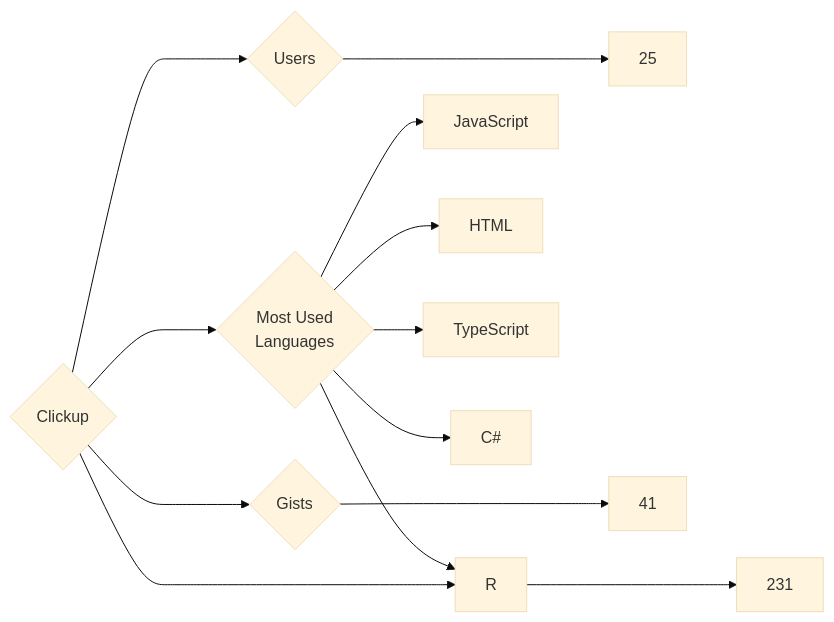
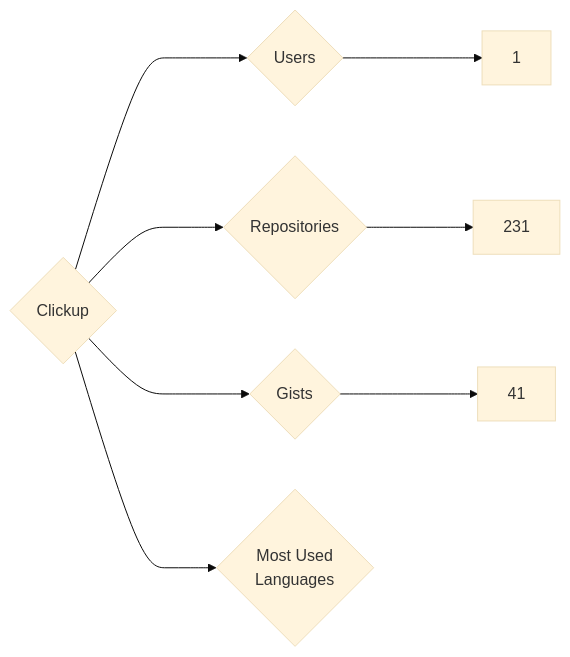
Before and after one commit to trickest/insiders: the diagram in targets/Clickup/README.md, drawn with Mermaid (base theme). The commit also changed 934 other files, not shown here.

````diff
--- a/targets/Clickup/README.md
+++ b/targets/Clickup/README.md
@@ -3,13 +3,8 @@
 ```mermaid
 graph LR
 COMPANY_NAME{Clickup}
-COMPANY_NAME ---> U{Users} ---> UN[25]
+COMPANY_NAME ---> U{Users} ---> UN[1]
 COMPANY_NAME ---> R{Repositories} ---> RN[231]
 COMPANY_NAME ---> G{Gists} ---> GN[41]
 COMPANY_NAME ---> ML{Most Used<br>Languages}
-ML --> JavaScript[JavaScript]
-ML --> HTML[HTML]
-ML --> TypeScript[TypeScript]
-ML --> R[R]
-ML --> C#[C#]
 ```
````
